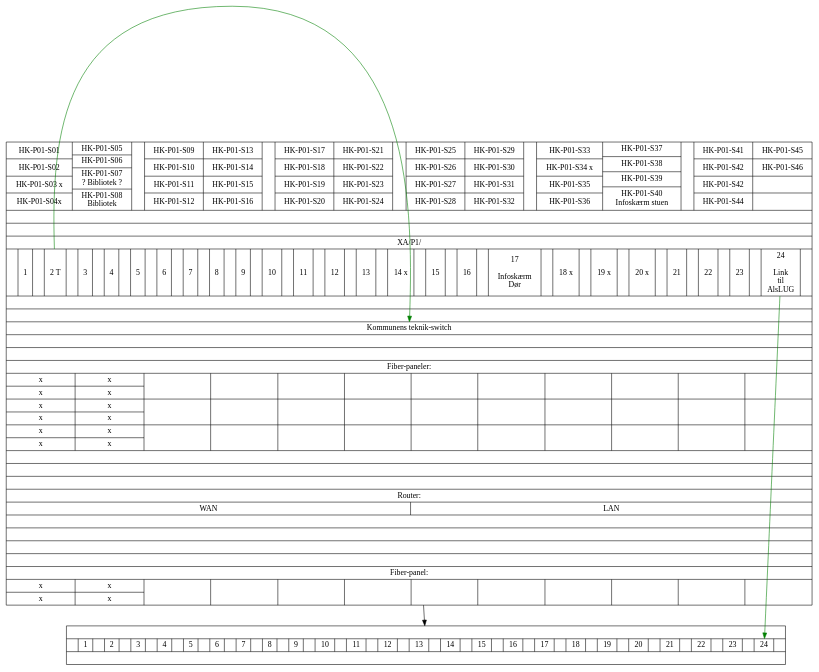
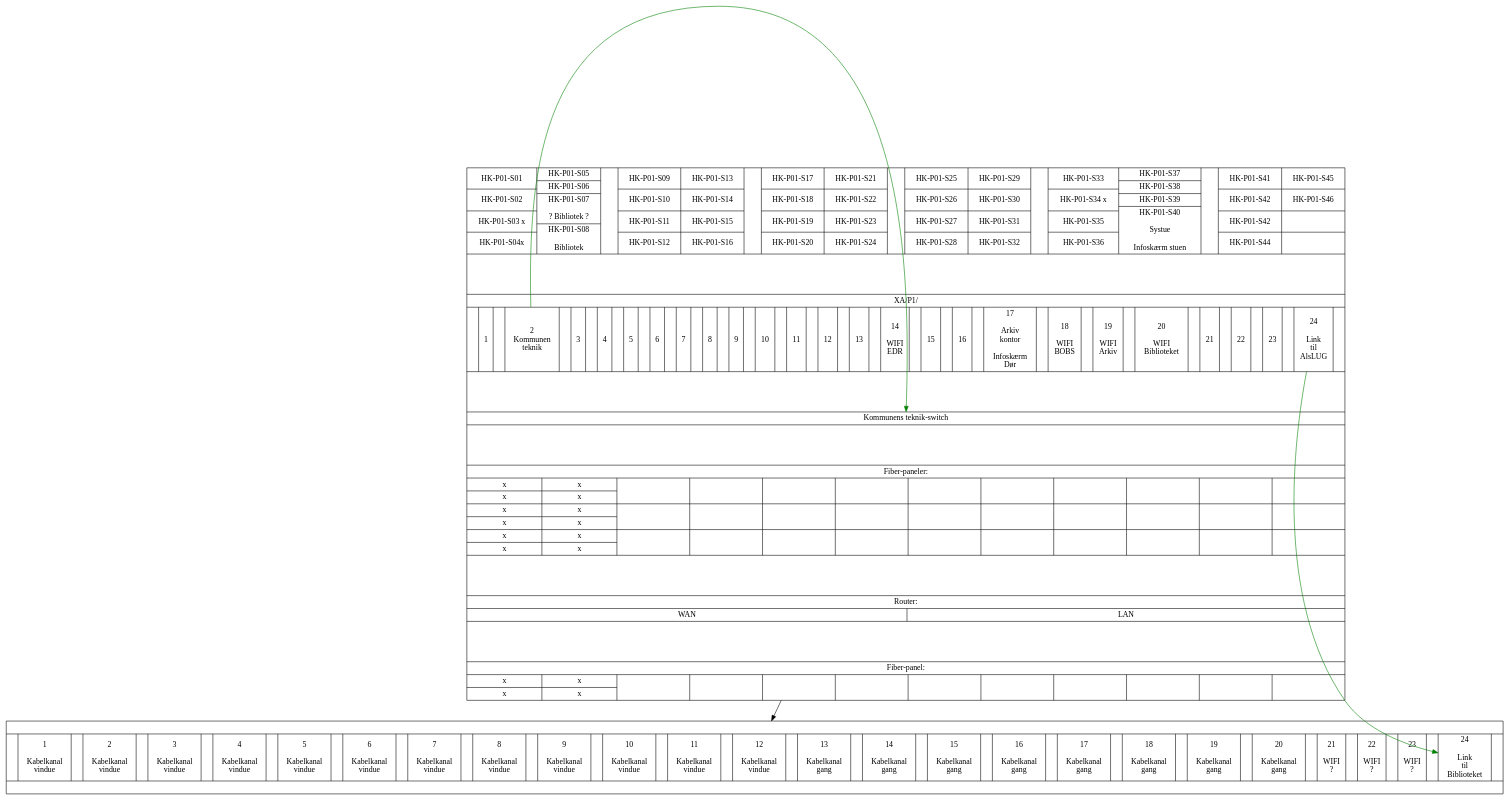
One commit to alslug/alslug.dk changed the diagram in projekter/patch-paneler.dot. Above: the diagram before and after it, drawn with Graphviz.

```diff
--- a/projekter/patch-paneler.dot
+++ b/projekter/patch-paneler.dot
@@ -1,48 +1,140 @@
 digraph xxx {
   bib_patch [ shape=record label="{
   					{
 						{HK-P01-S01|HK-P01-S02|HK-P01-S03 x|HK-P01-S04x}|
-						{HK-P01-S05|HK-P01-S06|HK-P01-S07\n? Bibliotek ?|HK-P01-S08\nBibliotek}||
+						{HK-P01-S05|HK-P01-S06|HK-P01-S07\n\n? Bibliotek ?|HK-P01-S08\n\nBibliotek}||
 						
 						{HK-P01-S09|HK-P01-S10|HK-P01-S11|HK-P01-S12}|
 						{HK-P01-S13|HK-P01-S14|HK-P01-S15|HK-P01-S16}||
 						
 						{HK-P01-S17|HK-P01-S18|HK-P01-S19|HK-P01-S20}|
 						{HK-P01-S21|HK-P01-S22|HK-P01-S23|HK-P01-S24}||
 						
 						{HK-P01-S25|HK-P01-S26|HK-P01-S27|HK-P01-S28}|
 						{HK-P01-S29|HK-P01-S30|HK-P01-S31|HK-P01-S32}||
 						
 						{HK-P01-S33|HK-P01-S34 x|HK-P01-S35|HK-P01-S36}|
-						{HK-P01-S37|HK-P01-S38|HK-P01-S39|HK-P01-S40\nInfoskærm stuen}||
+						{HK-P01-S37|HK-P01-S38|HK-P01-S39|HK-P01-S40\n\nSystue\n\nInfoskærm stuen}||
 						
 						{HK-P01-S41|HK-P01-S42|HK-P01-S42|HK-P01-S44}|
 						{HK-P01-S45|HK-P01-S46||}
 					}
-					|||XA/P1/|
-					{|1||<xa_p1_2> 2 T||3||4||5||6||7||8||9||10||11||12||13||14 x||15||16||17\n\nInfoskærm\nDør||18 x||19 x||20 x||21||22||23||<xa_p1_24> 24\n\nLink\ntil\nAlsLUG|}
-					|||
+					|\n\n\n\n|XA/P1/|
+					{|
+							<xa_p1_1> 1
+						||
+							<xa_p1_2> 2 \nKommunen\nteknik
+						||
+							<xa_p1_3> 3
+						||
+							<xa_p1_4> 4
+						||
+							<xa_p1_5> 5
+						||
+							<xa_p1_6> 6
+						||
+							<xa_p1_7> 7
+						||
+							<xa_p1_8> 8
+						||
+							<xa_p1_9> 9
+						||
+							<xa_p1_10> 10
+						||
+							<xa_p1_11> 11
+						||
+							<xa_p1_12> 12
+						||
+							<xa_p1_13> 13
+						||
+							<xa_p1_14> 14 \n\nWIFI\nEDR
+						||
+							<xa_p1_15> 15
+						||
+							<xa_p1_16> 16
+						||
+							<xa_p1_15> 17 \n\nArkiv\nkontor\n\nInfoskærm\nDør
+						||
+							<xa_p1_18> 18 \n\nWIFI\nBOBS
+						||
+							<xa_p1_19> 19 \n\nWIFI\nArkiv
+						||
+							<xa_p1_20> 20 \n\nWIFI\nBiblioteket
+						||
+							<xa_p1_21> 21
+						||
+							<xa_p1_22> 22
+						||
+							<xa_p1_23> 23
+						||
+							<xa_p1_24> 24\n\nLink\ntil\nAlsLUG
+						|}
+					|\n\n\n\n|
 					<kom_switch>Kommunens teknik-switch
-					|||
-					Fiber-paneler:
+					|\n\n\n\n|Fiber-paneler:
 					|
 					{{x|x}|{x|x}||||||||||}
 					|
 					{{x|x}|{x|x}||||||||||}
 					|
 					{{x|x}|{x|x}||||||||||}
-					||||
-					Router:|
-					{WAN|LAN}|
-					{}
-					||||
-					Fiber-panel:|
+					|\n\n\n\n|Router:|
+					{WAN|LAN}
+					|\n\n\n\n|Fiber-panel:|
 					{{x|x}|{x|x}||||||||||}
 				   }" ];
   alslug_patch [ shape=record label="{
-					|{ |1| |2| |3| |4| |5| |6| |7| |8| |9| |10| |11| |12| |13| |14| |15| |16| |17| |18| |19| |20| |21| |22| |23| |<24> 24| }|
+					|{|
+						<1> 1 \n\nKabelkanal\nvindue
+					||
+						<2> 2 \n\nKabelkanal\nvindue
+					||
+						<3> 3 \n\nKabelkanal\nvindue
+					||
+						<4> 4 \n\nKabelkanal\nvindue
+					||
+						<5> 5 \n\nKabelkanal\nvindue
+					||
+						<6> 6 \n\nKabelkanal\nvindue
+					||
+						<7> 7 \n\nKabelkanal\nvindue
+					||
+						<8> 8 \n\nKabelkanal\nvindue
+					||
+						<9> 9 \n\nKabelkanal\nvindue
+					||
+						<10> 10 \n\nKabelkanal\nvindue
+					||
+						<11> 11 \n\nKabelkanal\nvindue
+					||
+						<12> 12 \n\nKabelkanal\nvindue
+					||
+						<13> 13 \n\nKabelkanal\ngang
+					||
+						<14> 14 \n\nKabelkanal\ngang
+					||
+						<15> 15 \n\nKabelkanal\ngang
+					||
+						<16> 16 \n\nKabelkanal\ngang
+					||
+						<17> 17 \n\nKabelkanal\ngang
+					||
+						<18> 18 \n\nKabelkanal\ngang
+					||
+						<19> 19 \n\nKabelkanal\ngang
+					||
+						<20> 20 \n\nKabelkanal\ngang
+					||
+						<21> 21 \n\nWIFI\n?
+					||
+						<22> 22 \n\nWIFI\n?
+					||
+						<23> 23 \n\nWIFI\n?
+					||
+						<24> 24 \n\nLink\ntil\nBiblioteket
+					|}|
                                       }" ];
   bib_patch -> alslug_patch;
   bib_patch:xa_p1_2 -> bib_patch:kom_switch [ color=green ];
   bib_patch:xa_p1_24 -> alslug_patch:24 [ color=green ];
 }
```
